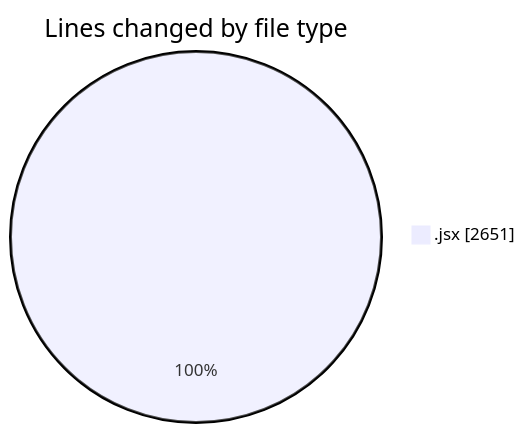
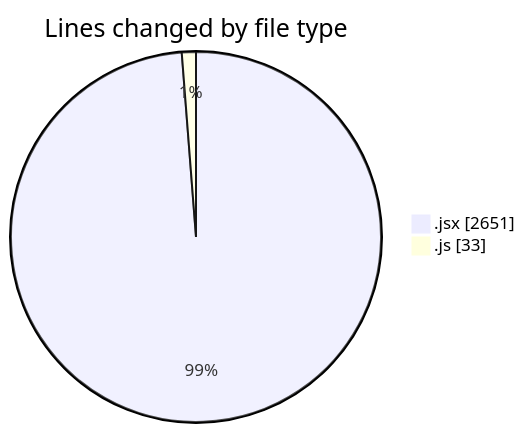
The first of 2 diagrams in 2025-07-24/nxtqube_webapp/README.md (nxtqubesakshisongat/code-tracking), drawn with Mermaid before and after one commit. The commit also changed other lines of this file and 1 other file, not shown here.

````diff
--- a/2025-07-24/nxtqube_webapp/README.md
+++ b/2025-07-24/nxtqube_webapp/README.md
@@ -24,5 +25,6 @@
 ```mermaid
 pie showData
 title Lines changed by file type
 ".jsx" : 2651
+".js" : 33
 ```
````
